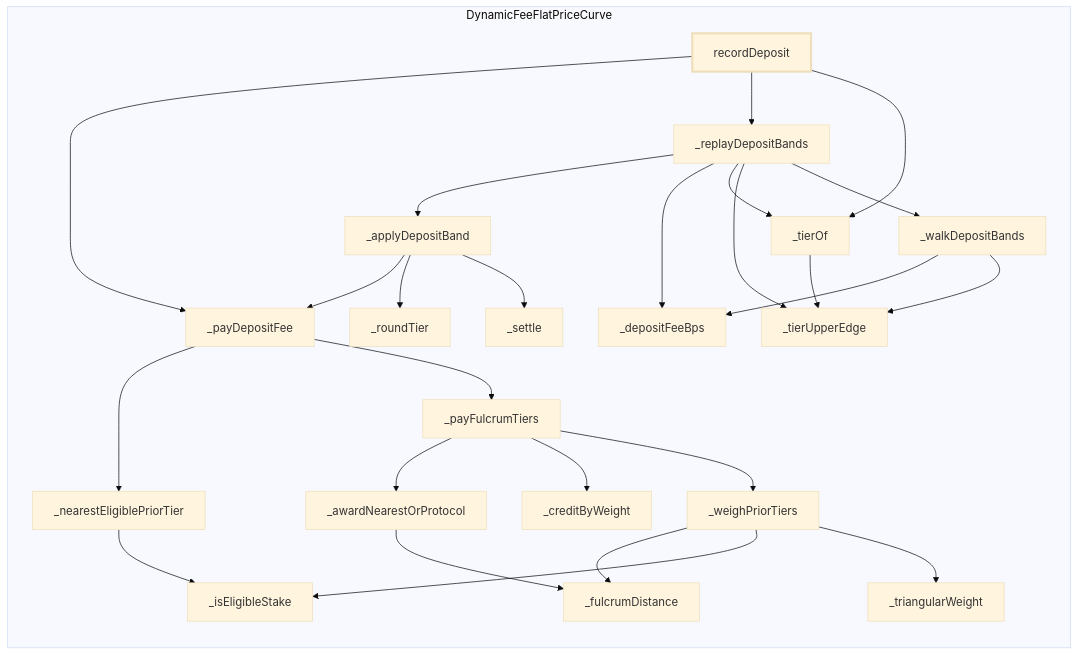
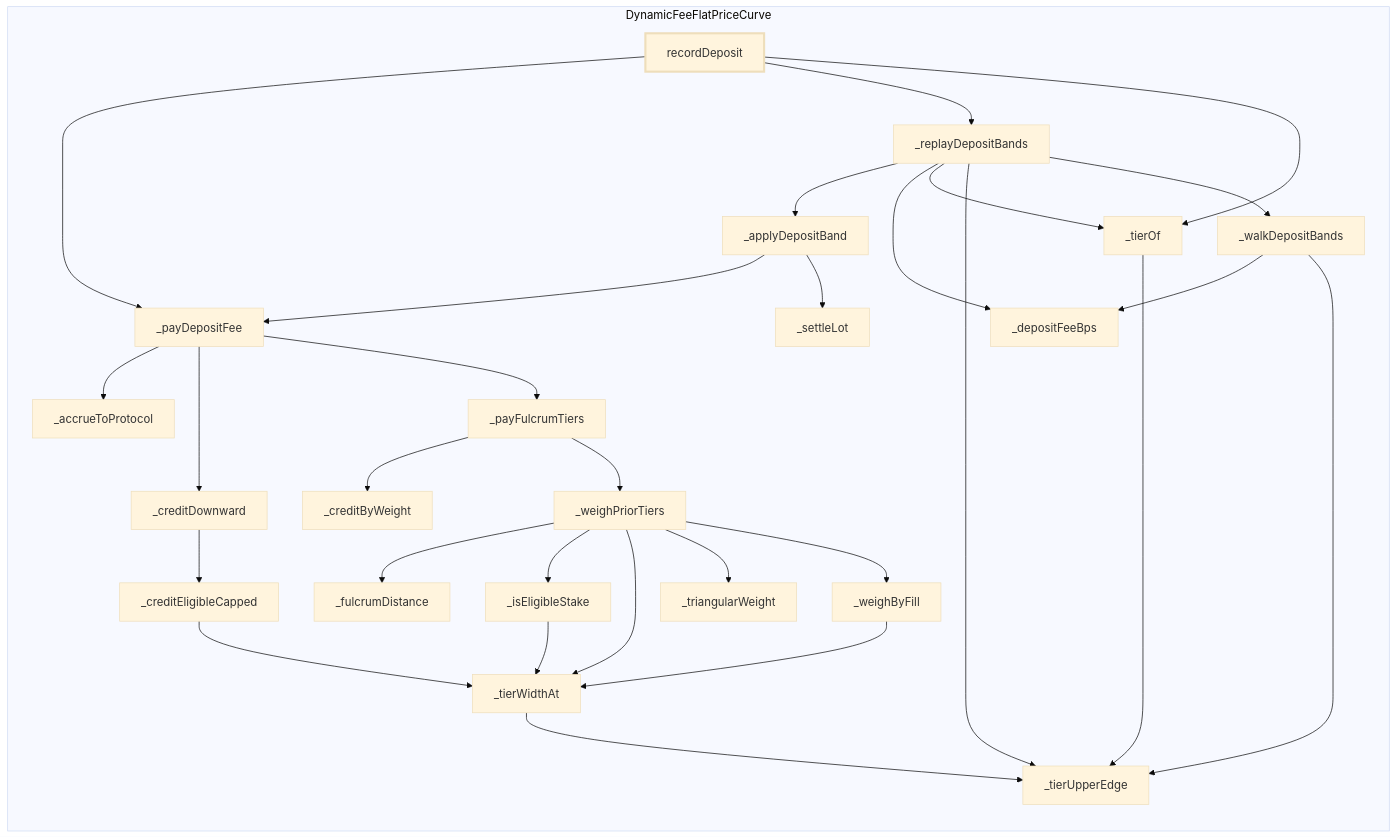
One commit to 0xIntuition/intuition-contracts-v2 changed the diagram in docs/call-flows/generated/curve-record-deposit.md. Above: the diagram before and after it, drawn with Mermaid (base theme). The commit also changed other lines of this file and 71 other files, not shown here.

````diff
--- a/docs/call-flows/generated/curve-record-deposit.md
+++ b/docs/call-flows/generated/curve-record-deposit.md
@@ -11,48 +11,54 @@
 ```mermaid
 flowchart LR
   subgraph DynamicFeeFlatPriceCurve["DynamicFeeFlatPriceCurve"]
+    DynamicFeeFlatPriceCurve__accrueToProtocol["_accrueToProtocol"]
     DynamicFeeFlatPriceCurve__applyDepositBand["_applyDepositBand"]
-    DynamicFeeFlatPriceCurve__awardNearestOrProtocol["_awardNearestOrProtocol"]
     DynamicFeeFlatPriceCurve__creditByWeight["_creditByWeight"]
+    DynamicFeeFlatPriceCurve__creditDownward["_creditDownward"]
+    DynamicFeeFlatPriceCurve__creditEligibleCapped["_creditEligibleCapped"]
     DynamicFeeFlatPriceCurve__depositFeeBps["_depositFeeBps"]
     DynamicFeeFlatPriceCurve__fulcrumDistance["_fulcrumDistance"]
     DynamicFeeFlatPriceCurve__isEligibleStake["_isEligibleStake"]
-    DynamicFeeFlatPriceCurve__nearestEligiblePriorTier["_nearestEligiblePriorTier"]
     DynamicFeeFlatPriceCurve__payDepositFee["_payDepositFee"]
     DynamicFeeFlatPriceCurve__payFulcrumTiers["_payFulcrumTiers"]
     DynamicFeeFlatPriceCurve__replayDepositBands["_replayDepositBands"]
-    DynamicFeeFlatPriceCurve__roundTier["_roundTier"]
-    DynamicFeeFlatPriceCurve__settle["_settle"]
+    DynamicFeeFlatPriceCurve__settleLot["_settleLot"]
     DynamicFeeFlatPriceCurve__tierOf["_tierOf"]
     DynamicFeeFlatPriceCurve__tierUpperEdge["_tierUpperEdge"]
+    DynamicFeeFlatPriceCurve__tierWidthAt["_tierWidthAt"]
     DynamicFeeFlatPriceCurve__triangularWeight["_triangularWeight"]
     DynamicFeeFlatPriceCurve__walkDepositBands["_walkDepositBands"]
+    DynamicFeeFlatPriceCurve__weighByFill["_weighByFill"]
     DynamicFeeFlatPriceCurve__weighPriorTiers["_weighPriorTiers"]
     DynamicFeeFlatPriceCurve_recordDeposit["recordDeposit"]
   end
   DynamicFeeFlatPriceCurve_recordDeposit --> DynamicFeeFlatPriceCurve__payDepositFee
   DynamicFeeFlatPriceCurve_recordDeposit --> DynamicFeeFlatPriceCurve__replayDepositBands
   DynamicFeeFlatPriceCurve_recordDeposit --> DynamicFeeFlatPriceCurve__tierOf
-  DynamicFeeFlatPriceCurve__payDepositFee --> DynamicFeeFlatPriceCurve__nearestEligiblePriorTier
+  DynamicFeeFlatPriceCurve__payDepositFee --> DynamicFeeFlatPriceCurve__accrueToProtocol
+  DynamicFeeFlatPriceCurve__payDepositFee --> DynamicFeeFlatPriceCurve__creditDownward
   DynamicFeeFlatPriceCurve__payDepositFee --> DynamicFeeFlatPriceCurve__payFulcrumTiers
   DynamicFeeFlatPriceCurve__replayDepositBands --> DynamicFeeFlatPriceCurve__applyDepositBand
   DynamicFeeFlatPriceCurve__replayDepositBands --> DynamicFeeFlatPriceCurve__depositFeeBps
   DynamicFeeFlatPriceCurve__replayDepositBands --> DynamicFeeFlatPriceCurve__tierOf
   DynamicFeeFlatPriceCurve__replayDepositBands --> DynamicFeeFlatPriceCurve__tierUpperEdge
   DynamicFeeFlatPriceCurve__replayDepositBands --> DynamicFeeFlatPriceCurve__walkDepositBands
   DynamicFeeFlatPriceCurve__tierOf --> DynamicFeeFlatPriceCurve__tierUpperEdge
-  DynamicFeeFlatPriceCurve__nearestEligiblePriorTier --> DynamicFeeFlatPriceCurve__isEligibleStake
-  DynamicFeeFlatPriceCurve__payFulcrumTiers --> DynamicFeeFlatPriceCurve__awardNearestOrProtocol
+  DynamicFeeFlatPriceCurve__creditDownward --> DynamicFeeFlatPriceCurve__creditEligibleCapped
   DynamicFeeFlatPriceCurve__payFulcrumTiers --> DynamicFeeFlatPriceCurve__creditByWeight
   DynamicFeeFlatPriceCurve__payFulcrumTiers --> DynamicFeeFlatPriceCurve__weighPriorTiers
   DynamicFeeFlatPriceCurve__applyDepositBand --> DynamicFeeFlatPriceCurve__payDepositFee
-  DynamicFeeFlatPriceCurve__applyDepositBand --> DynamicFeeFlatPriceCurve__roundTier
-  DynamicFeeFlatPriceCurve__applyDepositBand --> DynamicFeeFlatPriceCurve__settle
+  DynamicFeeFlatPriceCurve__applyDepositBand --> DynamicFeeFlatPriceCurve__settleLot
   DynamicFeeFlatPriceCurve__walkDepositBands --> DynamicFeeFlatPriceCurve__depositFeeBps
   DynamicFeeFlatPriceCurve__walkDepositBands --> DynamicFeeFlatPriceCurve__tierUpperEdge
-  DynamicFeeFlatPriceCurve__awardNearestOrProtocol --> DynamicFeeFlatPriceCurve__fulcrumDistance
+  DynamicFeeFlatPriceCurve__creditEligibleCapped --> DynamicFeeFlatPriceCurve__tierWidthAt
   DynamicFeeFlatPriceCurve__weighPriorTiers --> DynamicFeeFlatPriceCurve__fulcrumDistance
   DynamicFeeFlatPriceCurve__weighPriorTiers --> DynamicFeeFlatPriceCurve__isEligibleStake
+  DynamicFeeFlatPriceCurve__weighPriorTiers --> DynamicFeeFlatPriceCurve__tierWidthAt
   DynamicFeeFlatPriceCurve__weighPriorTiers --> DynamicFeeFlatPriceCurve__triangularWeight
+  DynamicFeeFlatPriceCurve__weighPriorTiers --> DynamicFeeFlatPriceCurve__weighByFill
+  DynamicFeeFlatPriceCurve__tierWidthAt --> DynamicFeeFlatPriceCurve__tierUpperEdge
+  DynamicFeeFlatPriceCurve__isEligibleStake --> DynamicFeeFlatPriceCurve__tierWidthAt
+  DynamicFeeFlatPriceCurve__weighByFill --> DynamicFeeFlatPriceCurve__tierWidthAt
   style DynamicFeeFlatPriceCurve_recordDeposit stroke-width:3px
 ```
````
